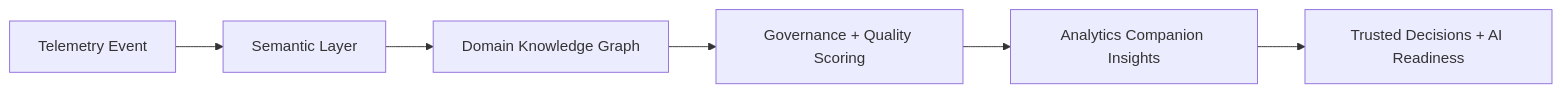
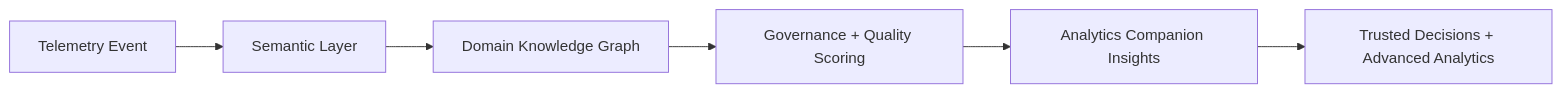
Before and after one commit to org-runink/site: the fourth of 4 diagrams in content/blog/automated-semantic-layer-data-observability.md, drawn with Mermaid. The commit also changed other lines of this file and 93 other files, not shown here.

```diff
--- a/content/blog/automated-semantic-layer-data-observability.md
+++ b/content/blog/automated-semantic-layer-data-observability.md
@@ -211,8 +211,8 @@
 {{< mermaid >}}
 graph LR
   A[Telemetry Event] --> B[Semantic Layer]
   B --> C[Domain Knowledge Graph]
   C --> D[Governance + Quality Scoring]
   D --> E[Analytics Companion Insights]
-  E --> F[Trusted Decisions + AI Readiness]
+  E --> F[Trusted Decisions + Advanced Analytics]
 {{< /mermaid >}}
```
